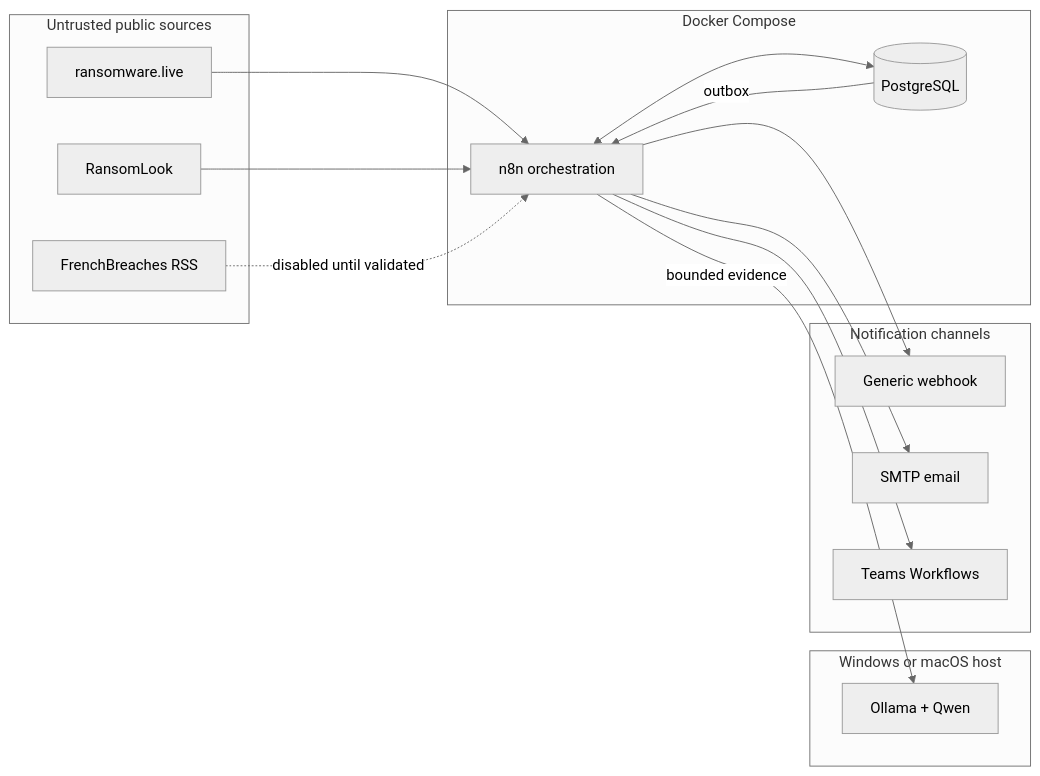
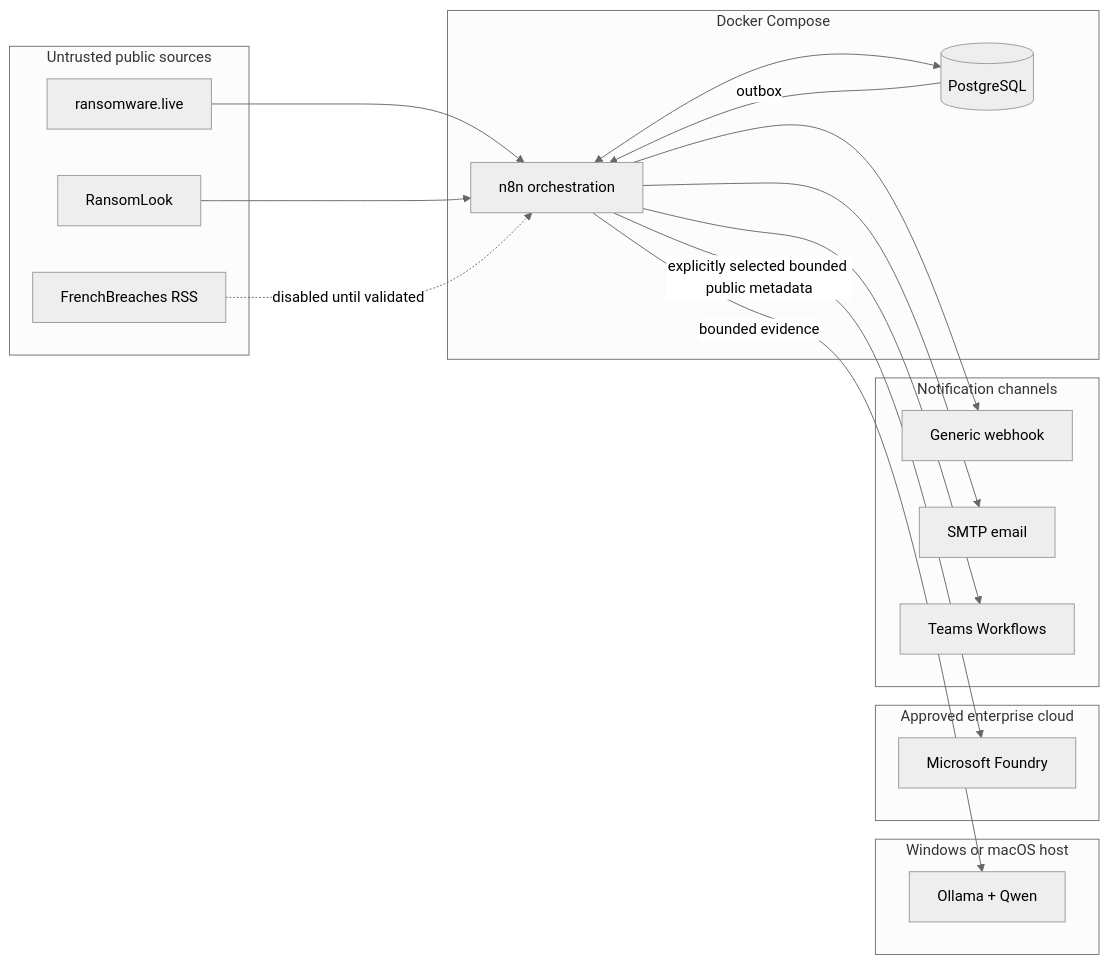
The diagram in README.md (DimLeon009/threat-claim-monitor), drawn with Mermaid (neutral theme) before and after one commit. The commit also changed other lines of this file and 19 other files, not shown here.

First line of the commit message:
feat: add provider-aware Microsoft Foundry analysis (#6)

````diff
--- a/README.md
+++ b/README.md
@@ -69,33 +69,38 @@
 ```mermaid
 flowchart LR
     subgraph External["Untrusted public sources"]
         RL["ransomware.live"]
         RLOOK["RansomLook"]
         FB["FrenchBreaches RSS"]
     end
 
     subgraph Docker["Docker Compose"]
         N8N["n8n orchestration"]
         PG[("PostgreSQL")]
     end
 
     subgraph Host["Windows or macOS host"]
         OLLAMA["Ollama + Qwen"]
     end
 
+    subgraph Cloud["Approved enterprise cloud"]
+        FOUNDRY["Microsoft Foundry"]
+    end
+
     subgraph Channels["Notification channels"]
         WEBHOOK["Generic webhook"]
         EMAIL["SMTP email"]
         TEAMS["Teams Workflows"]
     end
 
     RL --> N8N
     RLOOK --> N8N
     FB -. "disabled until validated" .-> N8N
     N8N <--> PG
     N8N -->|"bounded evidence"| OLLAMA
+    N8N -->|"explicitly selected bounded public metadata"| FOUNDRY
     PG -->|"outbox"| N8N
     N8N --> WEBHOOK
     N8N --> EMAIL
     N8N --> TEAMS
 ```
````
